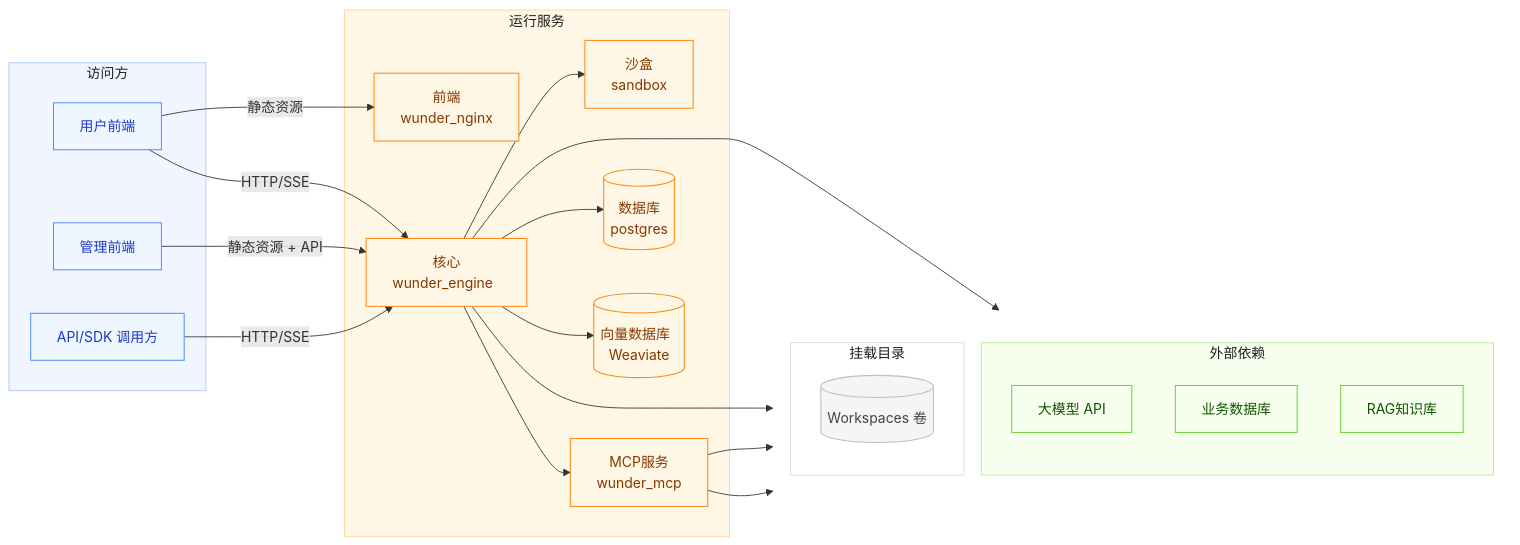
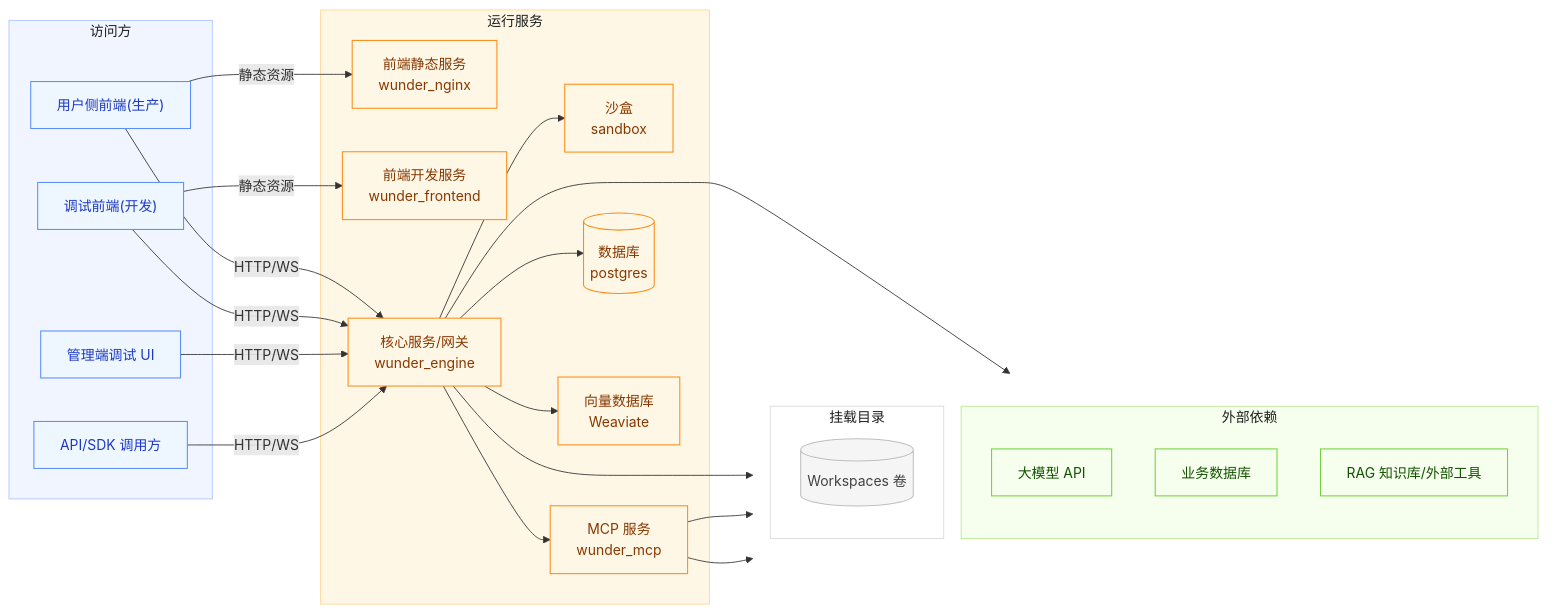
Before and after one commit to ylsdamxssjxxdd/wunder: the diagram in docs/diagrams/system-intro/07-deployment-topology.mmd, drawn with Mermaid. The commit also changed 51 other files, not shown here.

```diff
--- a/docs/diagrams/system-intro/07-deployment-topology.mmd
+++ b/docs/diagrams/system-intro/07-deployment-topology.mmd
@@ -1,58 +1,63 @@
 flowchart LR
   subgraph Clients["访问方"]
-    UserUI["用户前端"]
-    AdminUI["管理前端"]
+    UserUI["用户侧前端(生产)"]
+    DebugUI["调试前端(开发)"]
+    AdminUI["管理端调试 UI"]
     ApiClient["API/SDK 调用方"]
   end
 
   subgraph Runtime["运行服务"]
-    Nginx["前端<br/>wunder_nginx"]
-    RustAPI["核心<br/>wunder_engine&nbsp;&nbsp;"]
+    Nginx["前端静态服务<br/>wunder_nginx"]
+    FrontendDev["前端开发服务<br/>wunder_frontend"]
+    RustAPI["核心服务/网关<br/>wunder_engine"]
     Sandbox["沙盒<br/>sandbox"]
-    MCP["MCP服务<br/>wunder_mcp"]
-    PG[(数据库<br/>postgres)]
-    VectorDB[(向量数据库&nbsp;&nbsp;<br/>Weaviate)]
+    MCP["MCP 服务<br/>wunder_mcp"]
+    PG[("数据库<br/>postgres")]
+    VectorDB["向量数据库<br/>Weaviate"]
   end
 
   subgraph RightSide[" "]
     direction TB
     subgraph External["外部依赖"]
       LLM["大模型 API"]
       ExtDB["业务数据库"]
-      KB["RAG知识库"]
+      KB["RAG 知识库/外部工具"]
     end
     subgraph Mounts["挂载目录"]
-      WS[(Workspaces 卷)]
+      WS[("Workspaces 卷")]
     end
   end
 
   UserUI -->|静态资源| Nginx
-  UserUI -->|HTTP/SSE| RustAPI
-  AdminUI -->|静态资源 + API| RustAPI
-  ApiClient -->|HTTP/SSE| RustAPI
+  DebugUI -->|静态资源| FrontendDev
+
+  UserUI -->|HTTP/WS| RustAPI
+  DebugUI -->|HTTP/WS| RustAPI
+  AdminUI -->|HTTP/WS| RustAPI
+  ApiClient -->|HTTP/WS| RustAPI
 
   RustAPI --> PG
-  RustAPI --> VectorDB
   RustAPI --> WS
   RustAPI --> LLM
+  RustAPI --> VectorDB
   RustAPI --> Sandbox
   RustAPI --> MCP
 
   MCP --> ExtDB
   MCP --> KB
 
   classDef client fill:#eef6ff,stroke:#5b8ff9,stroke-width:1.2px,color:#1d39c4;
   classDef runtime fill:#fff7e6,stroke:#fa8c16,stroke-width:1.2px,color:#873800;
   classDef external fill:#f6ffed,stroke:#73d13d,stroke-width:1.2px,color:#135200;
   classDef volume fill:#f5f5f5,stroke:#bfbfbf,stroke-width:1.2px,color:#434343;
 
-  class UserUI,AdminUI,ApiClient client;
-  class Nginx,RustAPI,Sandbox,MCP,PG,VectorDB runtime;
+  class UserUI,DebugUI,AdminUI,ApiClient client;
+  class Nginx,FrontendDev,RustAPI,Sandbox,MCP,PG,VectorDB runtime;
   class LLM,ExtDB,KB external;
   class WS volume;
 
   style Clients fill:#f0f5ff,stroke:#adc6ff,stroke-width:1px,color:#1f1f1f;
   style Runtime fill:#fff7e6,stroke:#ffd591,stroke-width:1px,color:#1f1f1f;
   style External fill:#f6ffed,stroke:#b7eb8f,stroke-width:1px,color:#1f1f1f;
   style Mounts fill:#ffffff,stroke:#d9d9d9,stroke-width:1px,color:#1f1f1f;
   style RightSide fill:transparent,stroke:transparent,color:transparent;
```
